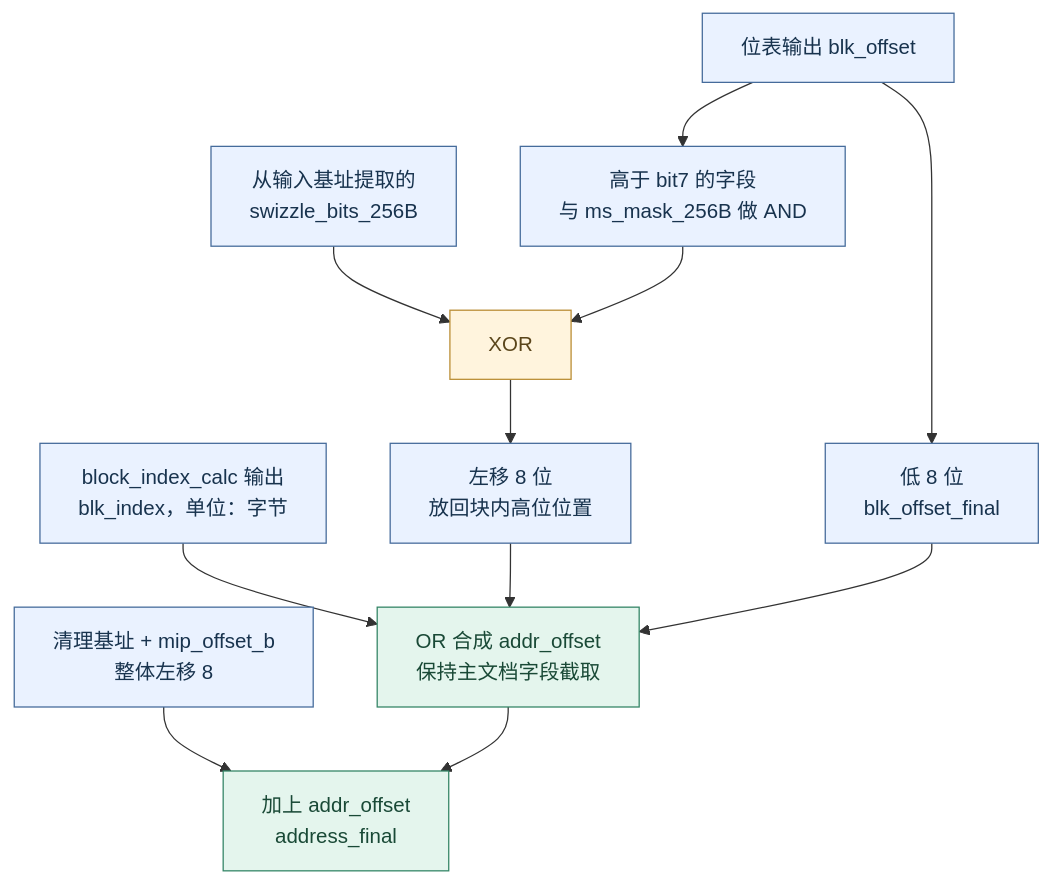
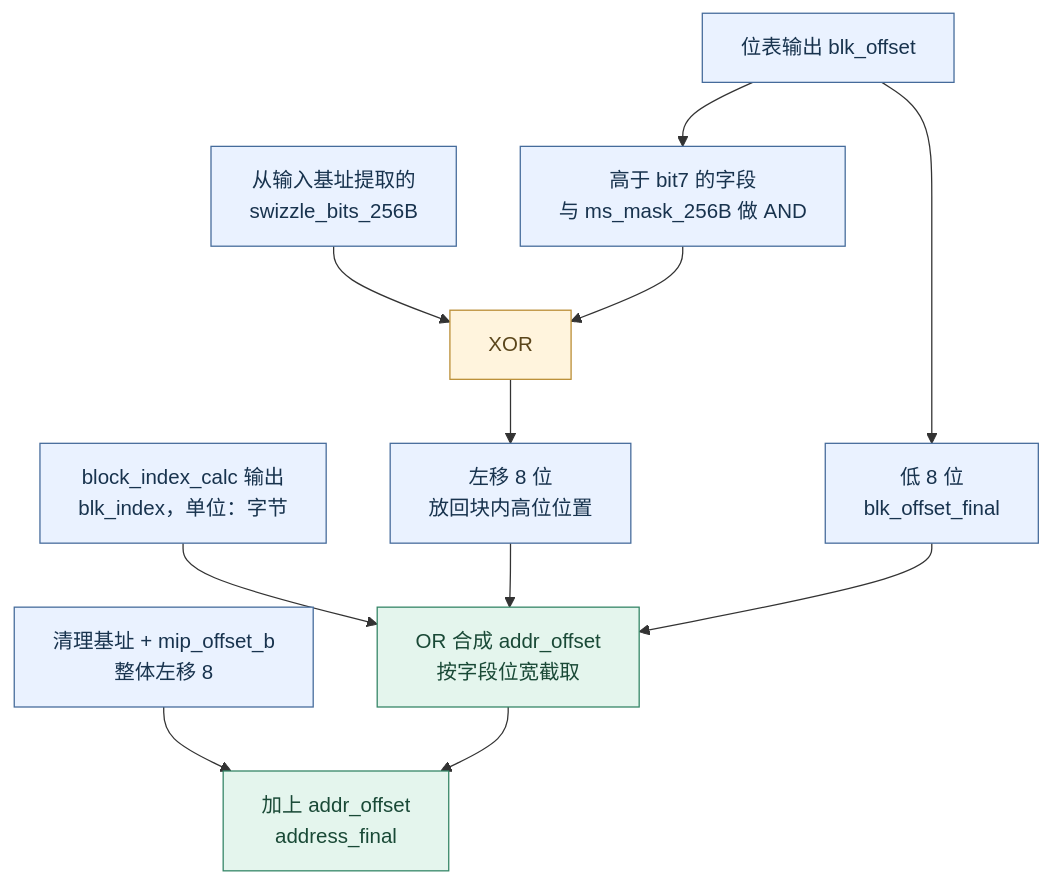
Before and after one commit to niyingsong123/amd-gfx10-addrlib: the diagram in assets/addrlib_mas/diagrams/05_xor_compose.mmd, drawn with Mermaid. The commit also changed 241 other files, not shown here.

Commit message:
docs: publish hardware algorithm guide and complete layout diagrams

```diff
--- a/assets/addrlib_mas/diagrams/05_xor_compose.mmd
+++ b/assets/addrlib_mas/diagrams/05_xor_compose.mmd
@@ -1,17 +1,17 @@
 flowchart TB
   O["位表输出 blk_offset"] --> L["低 8 位<br/>blk_offset_final"]
   O --> H["高于 bit7 的字段<br/>与 ms_mask_256B 做 AND"]
   S["从输入基址提取的<br/>swizzle_bits_256B"] --> X["XOR"]
   H --> X
   X --> SH["左移 8 位<br/>放回块内高位位置"]
-  B["block_index_calc 输出<br/>blk_index，单位：字节"] --> R["OR 合成 addr_offset<br/>保持主文档字段截取"]
+  B["block_index_calc 输出<br/>blk_index，单位：字节"] --> R["OR 合成 addr_offset<br/>按字段位宽截取"]
   SH --> R
   L --> R
   BASE["清理基址 + mip_offset_b<br/>整体左移 8"] --> F["加上 addr_offset<br/>address_final"]
   R --> F
   classDef field fill:#eaf2ff,stroke:#456b9b,color:#18334e;
   classDef xor fill:#fff4dd,stroke:#ba8d34,color:#5b461b;
   classDef out fill:#e4f5ed,stroke:#348566,color:#194936;
   class O,L,H,S,SH,B,BASE field;
   class X xor;
   class R,F out;
```
